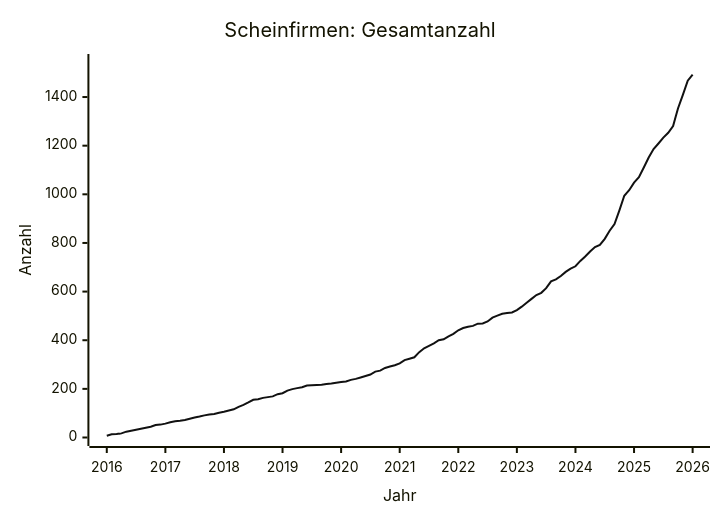
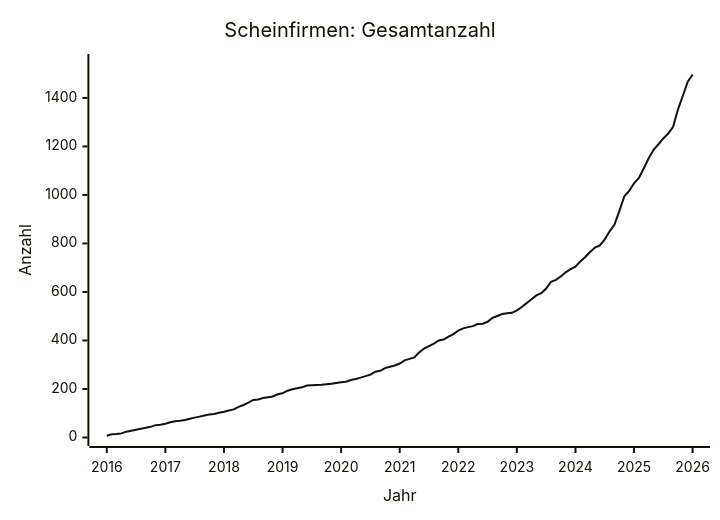
One commit to arjoma/scheinfirmen-at changed the diagram in data/STATS.md. Above: the diagram before and after it, drawn with Mermaid. The commit also changed other lines of this file and 3 other files, not shown here.

````diff
--- a/data/STATS.md
+++ b/data/STATS.md
@@ -9,13 +9,13 @@
 ```mermaid
 ---
 config:
   themeVariables:
     xyChart:
       plotColorPalette: "#111111"
 ---
 xychart-beta
     title "Scheinfirmen: Gesamtanzahl"
     x-axis "Jahr" 2016 --> 2026
-    y-axis "Anzahl" 0 --> 1542
-    line [7, 13, 14, 17, 24, 28, 32, 36, 40, 44, 51, 53, 57, 63, 67, 69, 72, 77, 82, 86, 91, 95, 97, 102, 106, 111, 116, 126, 134, 144, 155, 157, 163, 166, 169, 178, 182, 193, 199, 203, 207, 214, 215, 216, 217, 220, 222, 225, 228, 230, 237, 241, 247, 253, 259, 271, 275, 286, 292, 297, 305, 318, 324, 330, 351, 367, 377, 387, 400, 404, 416, 426, 441, 450, 455, 459, 468, 469, 477, 493, 501, 509, 512, 514, 524, 538, 554, 570, 586, 595, 614, 642, 650, 664, 681, 694, 704, 726, 744, 765, 783, 792, 817, 850, 878, 934, 994, 1017, 1048, 1070, 1110, 1151, 1186, 1209, 1233, 1253, 1281, 1353, 1409, 1467, 1492]
+    y-axis "Anzahl" 0 --> 1546
+    line [7, 13, 14, 17, 24, 28, 32, 36, 40, 44, 51, 53, 57, 63, 67, 69, 72, 77, 82, 86, 91, 95, 97, 102, 106, 111, 116, 126, 134, 144, 155, 157, 163, 166, 169, 178, 182, 193, 199, 203, 207, 214, 215, 216, 217, 220, 222, 225, 228, 230, 237, 241, 247, 253, 259, 271, 275, 286, 292, 297, 305, 318, 324, 330, 351, 367, 377, 387, 400, 404, 416, 426, 441, 450, 455, 459, 468, 469, 477, 493, 501, 509, 512, 514, 524, 538, 554, 570, 586, 595, 614, 642, 650, 664, 681, 694, 704, 726, 744, 765, 783, 792, 817, 850, 878, 934, 994, 1017, 1048, 1070, 1110, 1151, 1186, 1209, 1233, 1253, 1281, 1353, 1409, 1467, 1496]
 ```
````
